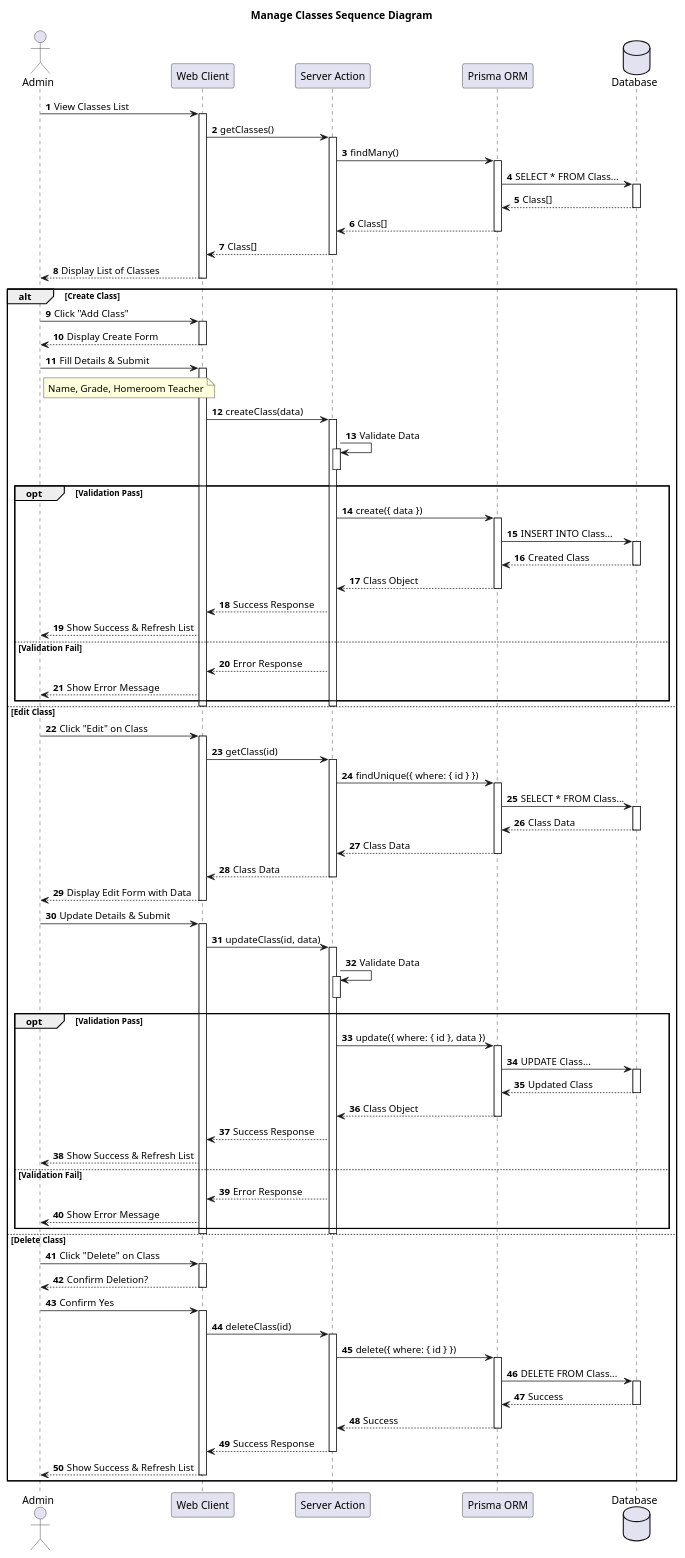
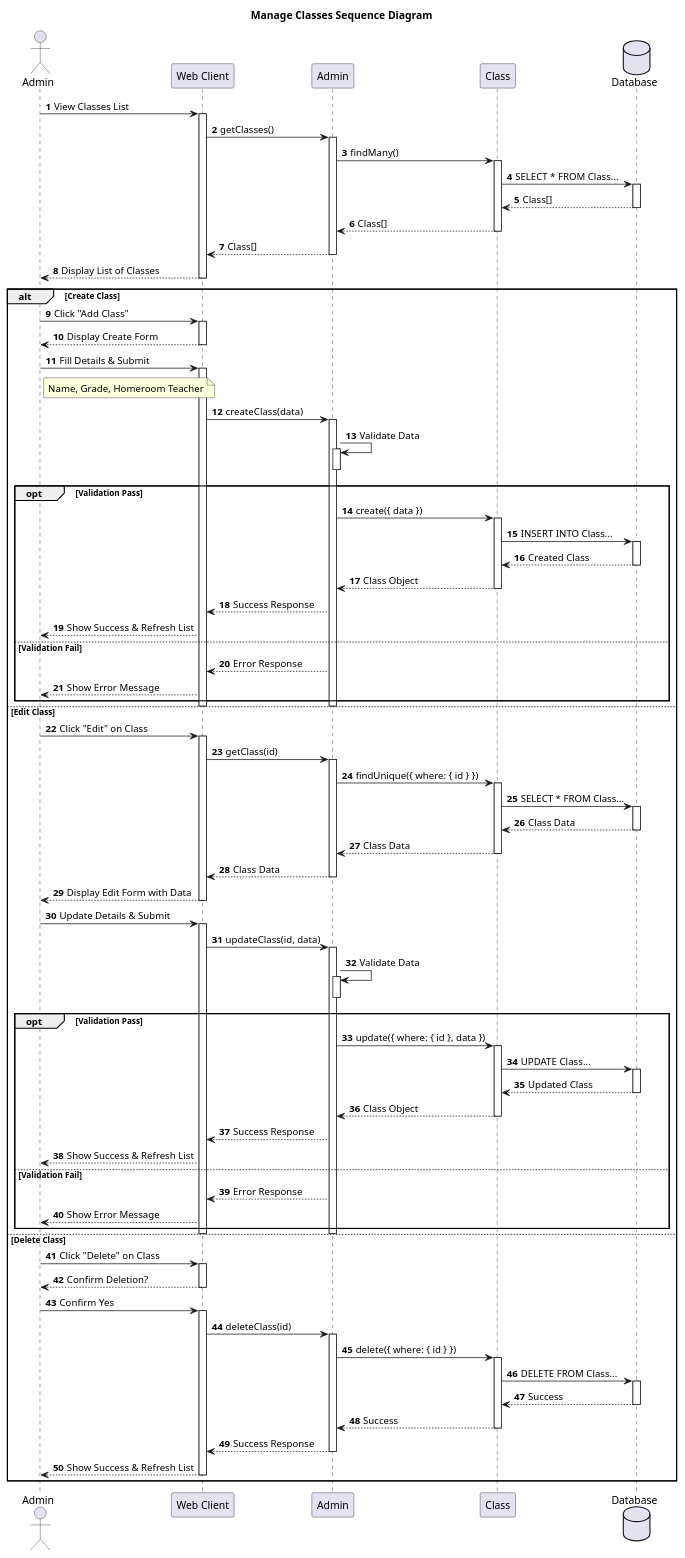
One commit to rafifgpt21-ai/jalms changed the diagram in design-summary/sequence-diagram/sequence-diagram-admin-manage-classes.puml. Above: the diagram before and after it, drawn with PlantUML. The commit also changed 36 other files, not shown here.

```diff
--- a/design-summary/sequence-diagram/sequence-diagram-admin-manage-classes.puml
+++ b/design-summary/sequence-diagram/sequence-diagram-admin-manage-classes.puml
@@ -1,132 +1,132 @@
 @startuml
 title Manage Classes Sequence Diagram
 autonumber
 
 actor "Admin" as Admin
-participant "Web Client" as UI
-participant "Server Action" as Action
-participant "Prisma ORM" as Prisma
-database "Database" as DB
+participant "Web Client" as Client
+participant "Admin" as AdminClass
+participant "Class" as Class
+database "Database" as Database
 
 ' View Classes Flow
-Admin -> UI: View Classes List
-activate UI
-UI -> Action: getClasses()
-activate Action
-Action -> Prisma: findMany()
-activate Prisma
-Prisma -> DB: SELECT * FROM Class...
-activate DB
-DB --> Prisma: Class[]
-deactivate DB
-Prisma --> Action: Class[]
-deactivate Prisma
-Action --> UI: Class[]
-deactivate Action
-UI --> Admin: Display List of Classes
-deactivate UI
+Admin -> Client: View Classes List
+activate Client
+Client -> AdminClass: getClasses()
+activate AdminClass
+AdminClass -> Class: findMany()
+activate Class
+Class -> Database: SELECT * FROM Class...
+activate Database
+Database --> Class: Class[]
+deactivate Database
+Class --> AdminClass: Class[]
+deactivate Class
+AdminClass --> Client: Class[]
+deactivate AdminClass
+Client --> Admin: Display List of Classes
+deactivate Client
 
 ' User Action Choices
 alt Create Class
-    Admin -> UI: Click "Add Class"
-    activate UI
-    UI --> Admin: Display Create Form
-    deactivate UI
+    Admin -> Client: Click "Add Class"
+    activate Client
+    Client --> Admin: Display Create Form
+    deactivate Client
 
-    Admin -> UI: Fill Details & Submit
-    activate UI
+    Admin -> Client: Fill Details & Submit
+    activate Client
     note right of Admin: Name, Grade, Homeroom Teacher
 
-    UI -> Action: createClass(data)
-    activate Action
-    Action -> Action: Validate Data
-    activate Action
-    deactivate Action
+    Client -> AdminClass: createClass(data)
+    activate AdminClass
+    AdminClass -> AdminClass: Validate Data
+    activate AdminClass
+    deactivate AdminClass
 
     opt Validation Pass
-        Action -> Prisma: create({ data })
-        activate Prisma
-        Prisma -> DB: INSERT INTO Class...
-        activate DB
-        DB --> Prisma: Created Class
-        deactivate DB
-        Prisma --> Action: Class Object
-        deactivate Prisma
-        Action --> UI: Success Response
-        UI --> Admin: Show Success & Refresh List
+        AdminClass -> Class: create({ data })
+        activate Class
+        Class -> Database: INSERT INTO Class...
+        activate Database
+        Database --> Class: Created Class
+        deactivate Database
+        Class --> AdminClass: Class Object
+        deactivate Class
+        AdminClass --> Client: Success Response
+        Client --> Admin: Show Success & Refresh List
     else Validation Fail
-        Action --> UI: Error Response
-        UI --> Admin: Show Error Message
+        AdminClass --> Client: Error Response
+        Client --> Admin: Show Error Message
     end
-    deactivate Action
-    deactivate UI
+    deactivate AdminClass
+    deactivate Client
 
 else Edit Class
-    Admin -> UI: Click "Edit" on Class
-    activate UI
-    UI -> Action: getClass(id)
-    activate Action
-    Action -> Prisma: findUnique({ where: { id } })
-    activate Prisma
-    Prisma -> DB: SELECT * FROM Class...
-    activate DB
-    DB --> Prisma: Class Data
-    deactivate DB
-    Prisma --> Action: Class Data
-    deactivate Prisma
-    Action --> UI: Class Data
-    deactivate Action
-    UI --> Admin: Display Edit Form with Data
-    deactivate UI
+    Admin -> Client: Click "Edit" on Class
+    activate Client
+    Client -> AdminClass: getClass(id)
+    activate AdminClass
+    AdminClass -> Class: findUnique({ where: { id } })
+    activate Class
+    Class -> Database: SELECT * FROM Class...
+    activate Database
+    Database --> Class: Class Data
+    deactivate Database
+    Class --> AdminClass: Class Data
+    deactivate Class
+    AdminClass --> Client: Class Data
+    deactivate AdminClass
+    Client --> Admin: Display Edit Form with Data
+    deactivate Client
 
-    Admin -> UI: Update Details & Submit
-    activate UI
-    UI -> Action: updateClass(id, data)
-    activate Action
-    Action -> Action: Validate Data
-    activate Action
-    deactivate Action
+    Admin -> Client: Update Details & Submit
+    activate Client
+    Client -> AdminClass: updateClass(id, data)
+    activate AdminClass
+    AdminClass -> AdminClass: Validate Data
+    activate AdminClass
+    deactivate AdminClass
 
     opt Validation Pass
-        Action -> Prisma: update({ where: { id }, data })
-        activate Prisma
-        Prisma -> DB: UPDATE Class...
-        activate DB
-        DB --> Prisma: Updated Class
-        deactivate DB
-        Prisma --> Action: Class Object
-        deactivate Prisma
-        Action --> UI: Success Response
-        UI --> Admin: Show Success & Refresh List
+        AdminClass -> Class: update({ where: { id }, data })
+        activate Class
+        Class -> Database: UPDATE Class...
+        activate Database
+        Database --> Class: Updated Class
+        deactivate Database
+        Class --> AdminClass: Class Object
+        deactivate Class
+        AdminClass --> Client: Success Response
+        Client --> Admin: Show Success & Refresh List
     else Validation Fail
-        Action --> UI: Error Response
-        UI --> Admin: Show Error Message
+        AdminClass --> Client: Error Response
+        Client --> Admin: Show Error Message
     end
-    deactivate Action
-    deactivate UI
+    deactivate AdminClass
+    deactivate Client
 
 else Delete Class
-    Admin -> UI: Click "Delete" on Class
-    activate UI
-    UI --> Admin: Confirm Deletion?
-    deactivate UI
+    Admin -> Client: Click "Delete" on Class
+    activate Client
+    Client --> Admin: Confirm Deletion?
+    deactivate Client
     
-    Admin -> UI: Confirm Yes
-    activate UI
-    UI -> Action: deleteClass(id)
-    activate Action
-    Action -> Prisma: delete({ where: { id } })
-    activate Prisma
-    Prisma -> DB: DELETE FROM Class...
-    activate DB
-    DB --> Prisma: Success
-    deactivate DB
-    Prisma --> Action: Success
-    deactivate Prisma
-    Action --> UI: Success Response
-    deactivate Action
-    UI --> Admin: Show Success & Refresh List
-    deactivate UI
+    Admin -> Client: Confirm Yes
+    activate Client
+    Client -> AdminClass: deleteClass(id)
+    activate AdminClass
+    AdminClass -> Class: delete({ where: { id } })
+    activate Class
+    Class -> Database: DELETE FROM Class...
+    activate Database
+    Database --> Class: Success
+    deactivate Database
+    Class --> AdminClass: Success
+    deactivate Class
+    AdminClass --> Client: Success Response
+    deactivate AdminClass
+    Client --> Admin: Show Success & Refresh List
+    deactivate Client
 end
 
 @enduml
```
